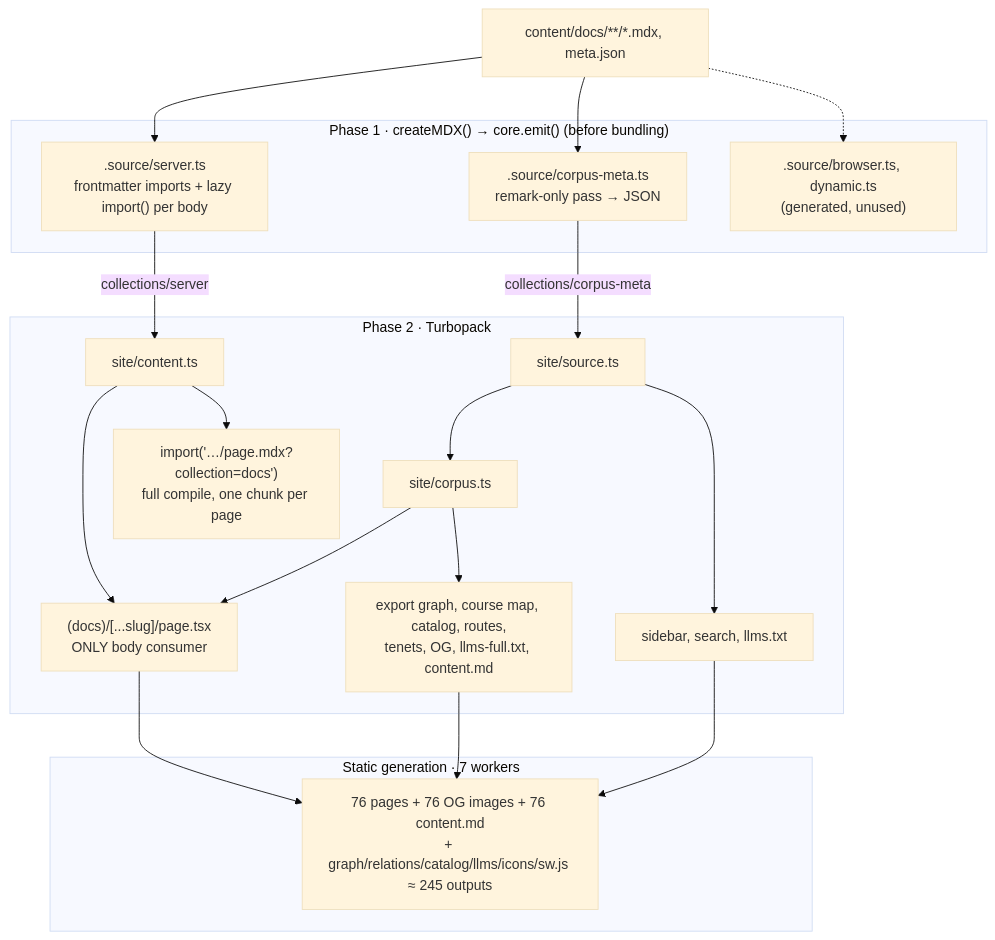
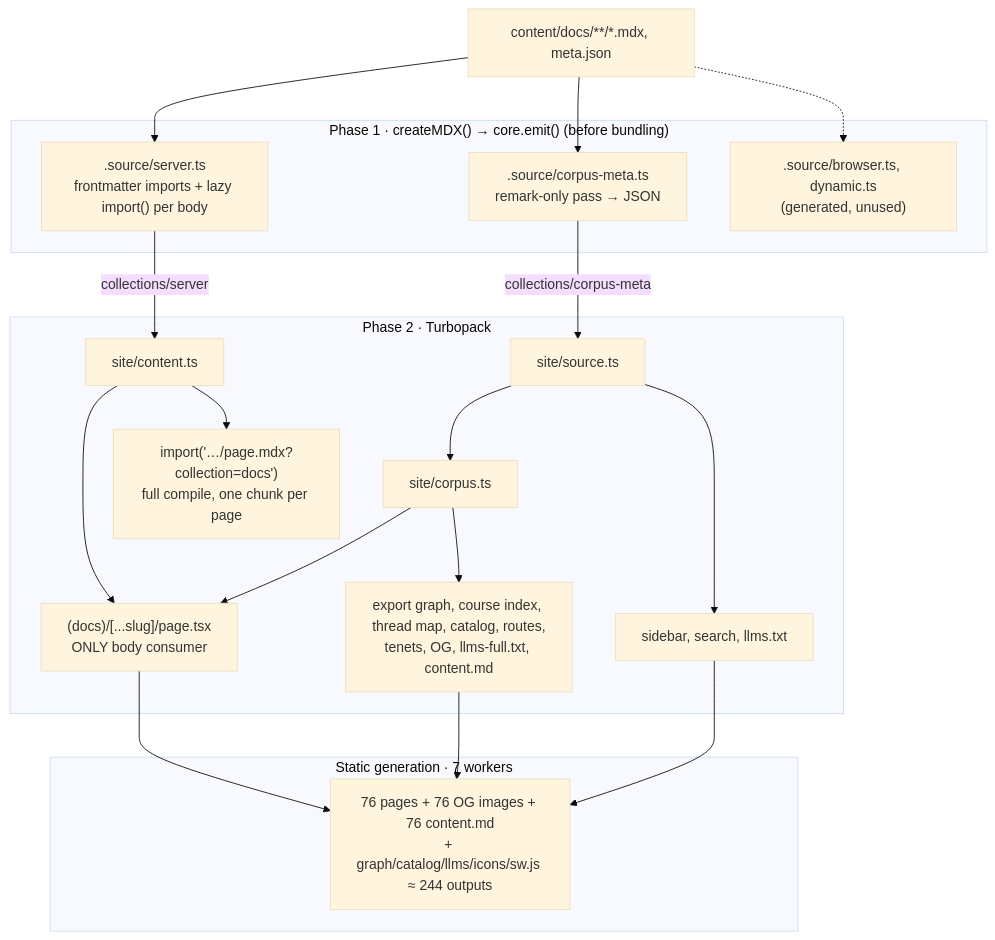
One commit to kevinnhou/MATH1251 changed the diagram in COMPILE.md. Above: the diagram before and after it, drawn with Mermaid (base theme). The commit also changed other lines of this file and 4 other files, not shown here.

Commit message:
docs: update RELATIONS.md and module docs for CourseIndex and thread map

````diff
--- a/COMPILE.md
+++ b/COMPILE.md
@@ -18,39 +18,39 @@
 ```mermaid
 flowchart TD
     src["content/docs/**/*.mdx, meta.json"]
 
     subgraph P1["Phase 1 · createMDX() → core.emit() (before bundling)"]
         meta[".source/corpus-meta.ts<br/>remark-only pass → JSON"]
         server[".source/server.ts<br/>frontmatter imports + lazy import() per body"]
         unused[".source/browser.ts, dynamic.ts<br/>(generated, unused)"]
     end
 
     subgraph P2["Phase 2 · Turbopack"]
         source["site/source.ts"]
         corpus["site/corpus.ts"]
         content["site/content.ts"]
         chunks["import('…/page.mdx?collection=docs')<br/>full compile, one chunk per page"]
         light["sidebar, search, llms.txt"]
-        derived["export graph, course map, catalog, routes,<br/>tenets, OG, llms-full.txt, content.md"]
+        derived["export graph, course index, thread map, catalog, routes,<br/>tenets, OG, llms-full.txt, content.md"]
         page["(docs)/[...slug]/page.tsx<br/>ONLY body consumer"]
     end
 
     subgraph P3["Static generation · 7 workers"]
-        out["76 pages + 76 OG images + 76 content.md<br/>+ graph/relations/catalog/llms/icons/sw.js ≈ 245 outputs"]
+        out["76 pages + 76 OG images + 76 content.md<br/>+ graph/catalog/llms/icons/sw.js ≈ 244 outputs"]
     end
 
     src --> meta
     src --> server
     src -.-> unused
     meta -- "collections/corpus-meta" --> source
     source --> corpus
     source --> light
     corpus --> derived
     corpus --> page
     server -- "collections/server" --> content
     content --> page
     content --> chunks
     light --> out
     derived --> out
     page --> out
 ```
````
